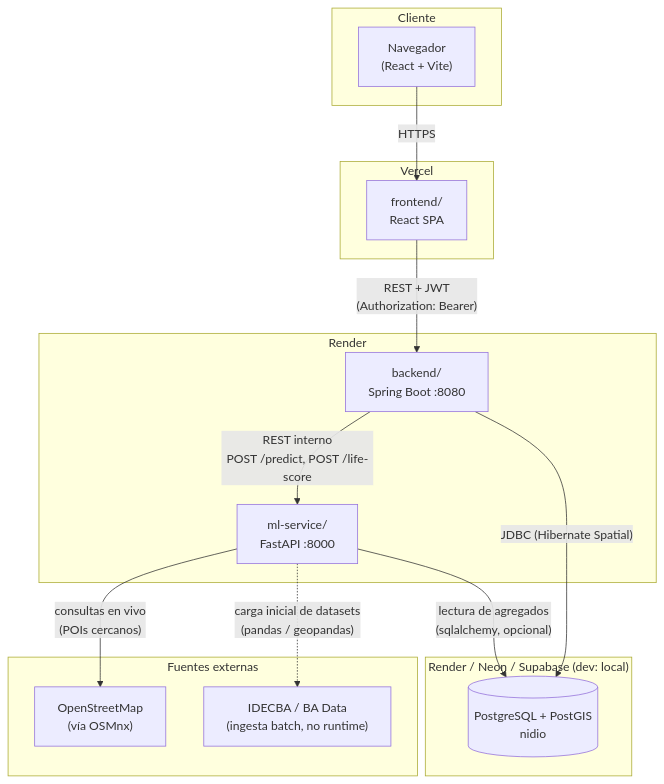
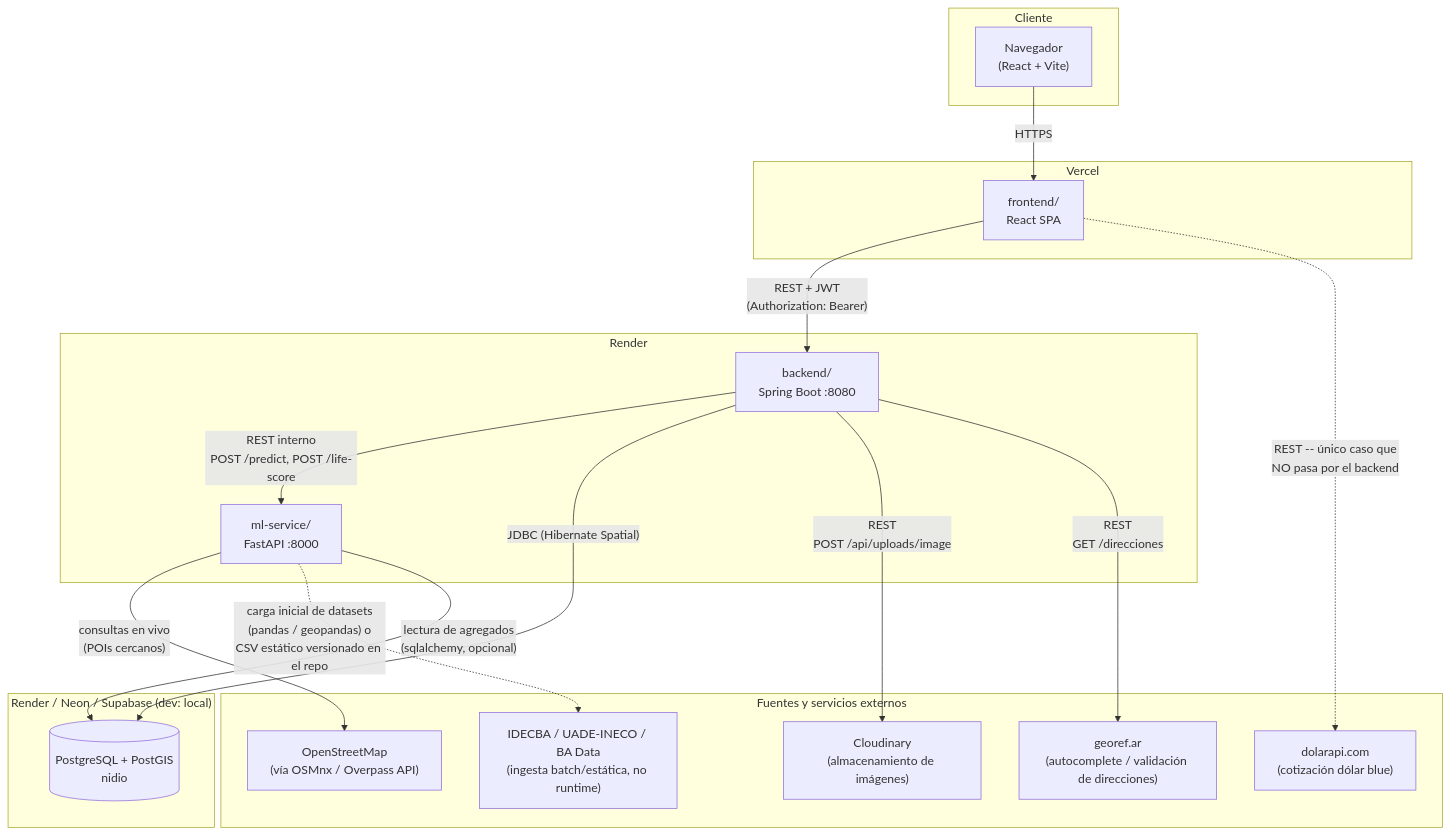
Before and after one commit to pilisuriano/NidioWebApp: the diagram in docs/architecture/system-diagram.md, drawn with Mermaid. The commit also changed other lines of this file, not shown here.

````diff
--- a/docs/architecture/system-diagram.md
+++ b/docs/architecture/system-diagram.md
@@ -7,32 +7,38 @@
 ```mermaid
 flowchart TB
     subgraph client["Cliente"]
         browser["Navegador\n(React + Vite)"]
     end
 
     subgraph vercel["Vercel"]
         frontend["frontend/\nReact SPA"]
     end
 
     subgraph render["Render"]
         backend["backend/\nSpring Boot :8080"]
         mlservice["ml-service/\nFastAPI :8000"]
     end
 
     subgraph dbhost["Render / Neon / Supabase (dev: local)"]
         db[("PostgreSQL + PostGIS\nnidio")]
     end
 
-    subgraph external["Fuentes externas"]
-        osm["OpenStreetMap\n(vía OSMnx)"]
-        idecba["IDECBA / BA Data\n(ingesta batch, no runtime)"]
+    subgraph external["Fuentes y servicios externos"]
+        osm["OpenStreetMap\n(vía OSMnx / Overpass API)"]
+        cloudinary["Cloudinary\n(almacenamiento de imágenes)"]
+        georef["georef.ar\n(autocomplete / validación de direcciones)"]
+        dolarapi["dolarapi.com\n(cotización dólar blue)"]
+        idecba["IDECBA / UADE-INECO / BA Data\n(ingesta batch/estática, no runtime)"]
     end
 
     browser -->|"HTTPS"| frontend
     frontend -->|"REST + JWT\n(Authorization: Bearer)"| backend
+    frontend -.->|"REST -- único caso que\nNO pasa por el backend"| dolarapi
     backend -->|"REST interno\nPOST /predict, POST /life-score"| mlservice
     backend -->|"JDBC (Hibernate Spatial)"| db
+    backend -->|"REST\nPOST /api/uploads/image"| cloudinary
+    backend -->|"REST\nGET /direcciones"| georef
     mlservice -->|"consultas en vivo\n(POIs cercanos)"| osm
-    mlservice -.->|"carga inicial de datasets\n(pandas / geopandas)"| idecba
+    mlservice -.->|"carga inicial de datasets\n(pandas / geopandas) o\nCSV estático versionado en el repo"| idecba
     mlservice -->|"lectura de agregados\n(sqlalchemy, opcional)"| db
 ```
````
